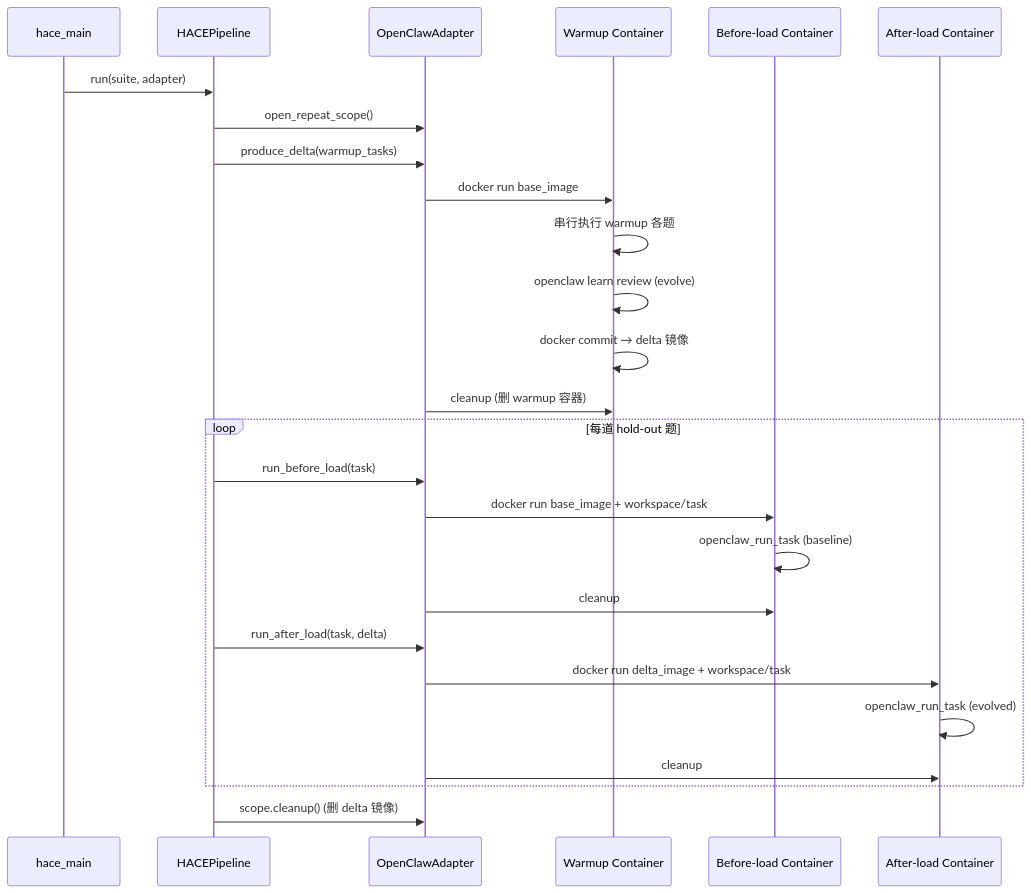
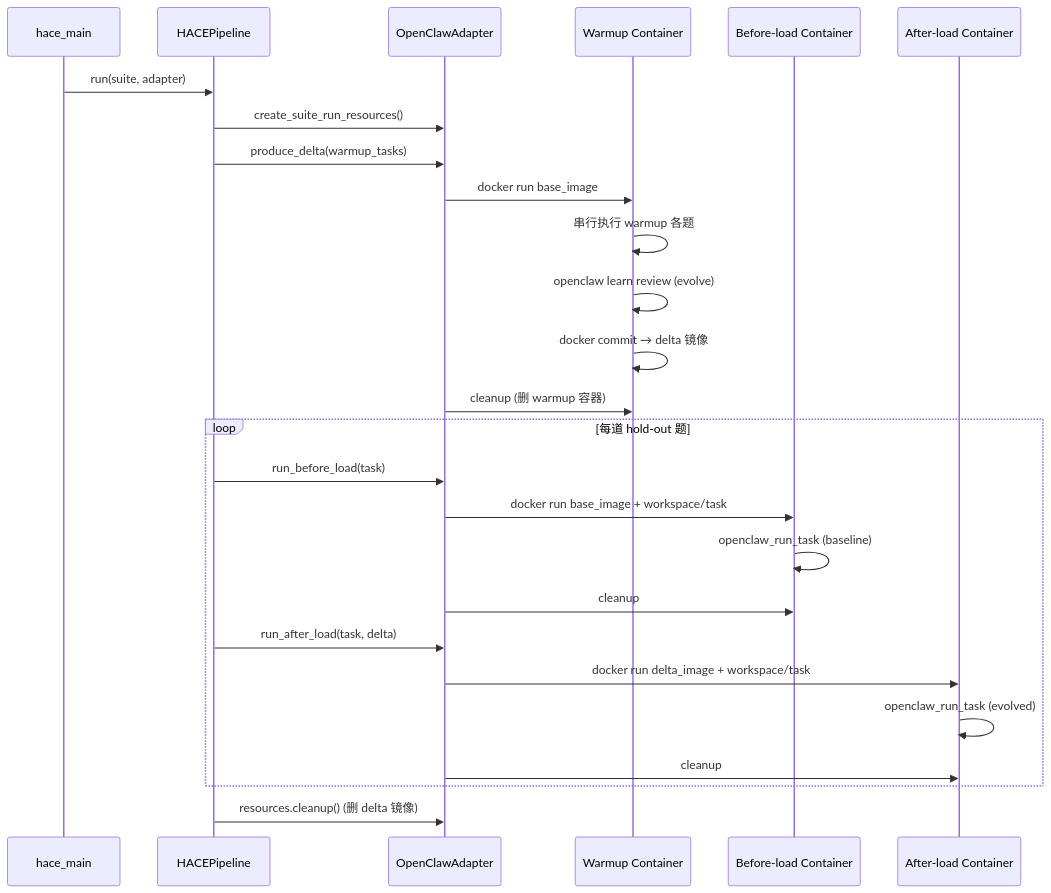
One commit to FeiZhuNiU-INFJA/LIFT changed the first of 2 diagrams in docs/hace-framework-guide-cn.md. Above: the diagram before and after it, drawn with Mermaid. The commit also changed other lines of this file and 16 other files, not shown here.

First line of the commit message:
refactor: replace RepeatScope with SuiteRunResources for resource management

````diff
--- a/docs/hace-framework-guide-cn.md
+++ b/docs/hace-framework-guide-cn.md
@@ -145,32 +145,32 @@
 ```mermaid
 sequenceDiagram
     participant CLI as hace_main
     participant Pipe as HACEPipeline
     participant Adp as OpenClawAdapter
     participant W as Warmup Container
     participant B as Before-load Container
     participant A as After-load Container
 
     CLI->>Pipe: run(suite, adapter)
-    Pipe->>Adp: open_repeat_scope()
+    Pipe->>Adp: create_suite_run_resources()
     Pipe->>Adp: produce_delta(warmup_tasks)
     Adp->>W: docker run base_image
     W->>W: 串行执行 warmup 各题
     W->>W: openclaw learn review (evolve)
     W->>W: docker commit → delta 镜像
     Adp->>W: cleanup (删 warmup 容器)
 
     loop 每道 hold-out 题
         Pipe->>Adp: run_before_load(task)
         Adp->>B: docker run base_image + workspace/task
         B->>B: openclaw_run_task (baseline)
         Adp->>B: cleanup
 
         Pipe->>Adp: run_after_load(task, delta)
         Adp->>A: docker run delta_image + workspace/task
         A->>A: openclaw_run_task (evolved)
         Adp->>A: cleanup
     end
 
-    Pipe->>Adp: scope.cleanup() (删 delta 镜像)
+    Pipe->>Adp: resources.cleanup() (删 delta 镜像)
 ```
````
